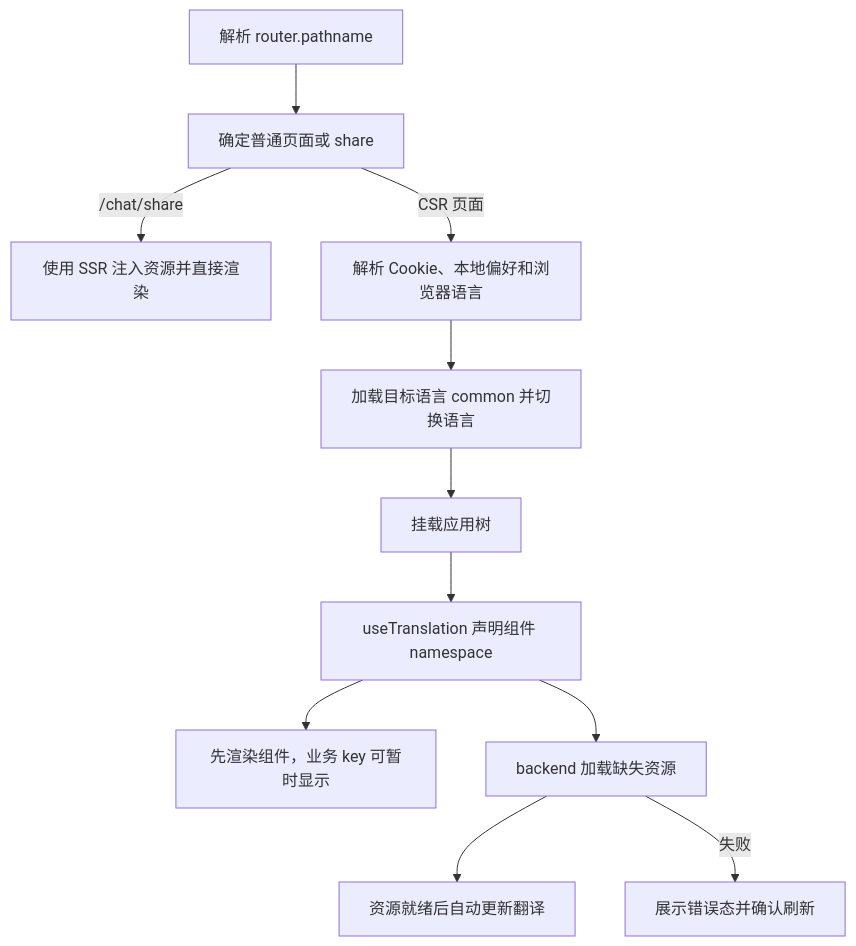
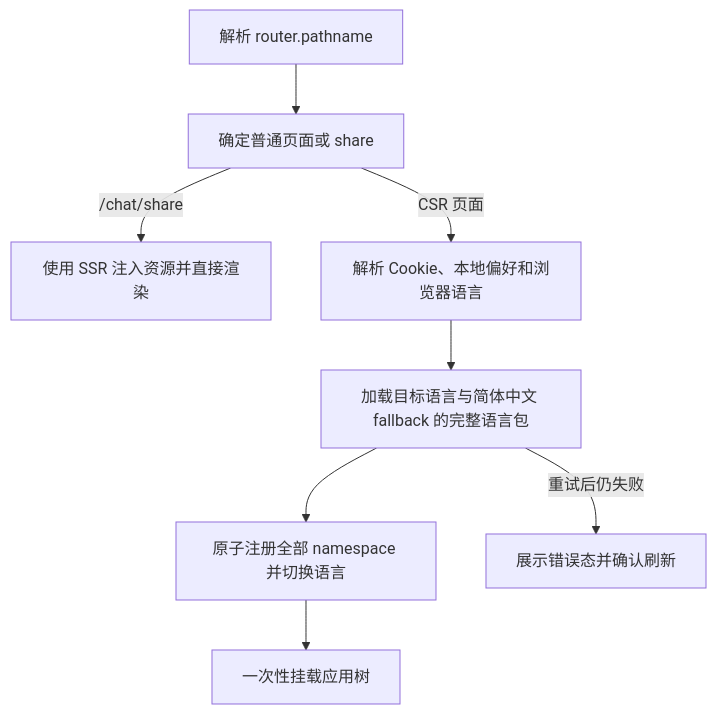
Before and after one commit to labring/FastGPT: the diagram in .agents/design/common/client-i18n-csr-migration.md, drawn with Mermaid. The commit also changed other lines of this file and 22 other files, not shown here.

Commit message:
perf: stabilize client i18n and price purchase flow

````diff
--- a/.agents/design/common/client-i18n-csr-migration.md
+++ b/.agents/design/common/client-i18n-csr-migration.md
@@ -282,13 +274,10 @@
 ```mermaid
 flowchart TD
   A["解析 router.pathname"] --> B["确定普通页面或 share"]
   B -->|"/chat/share"| C["使用 SSR 注入资源并直接渲染"]
   B -->|"CSR 页面"| D["解析 Cookie、本地偏好和浏览器语言"]
-  D --> E["加载目标语言 common 并切换语言"]
-  E --> F["挂载应用树"]
-  F --> G["useTranslation 声明组件 namespace"]
-  G --> H["先渲染组件，业务 key 可暂时显示"]
-  G --> I["backend 加载缺失资源"]
-  I --> J["资源就绪后自动更新翻译"]
-  I -->|"失败"| K["展示错误态并确认刷新"]
+  D --> E["加载目标语言与简体中文 fallback 的完整语言包"]
+  E --> F["原子注册全部 namespace 并切换语言"]
+  F --> G["一次性挂载应用树"]
+  E -->|"重试后仍失败"| H["展示错误态并确认刷新"]
 ```
````
